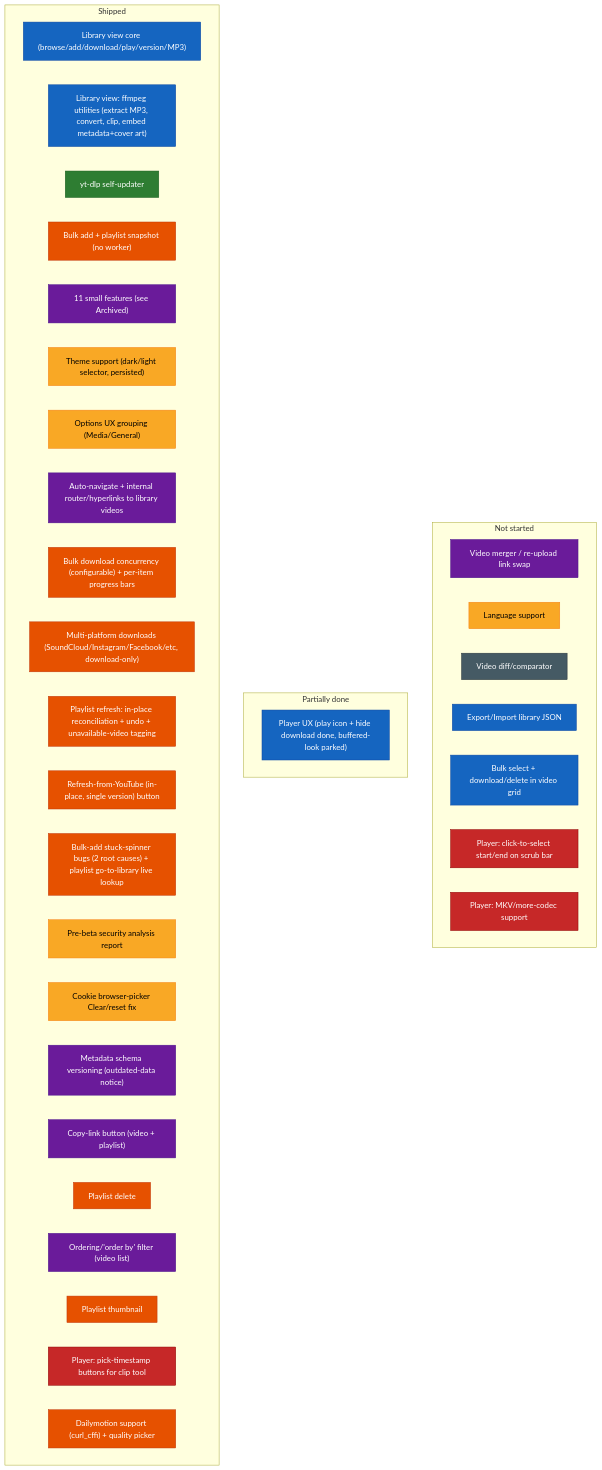
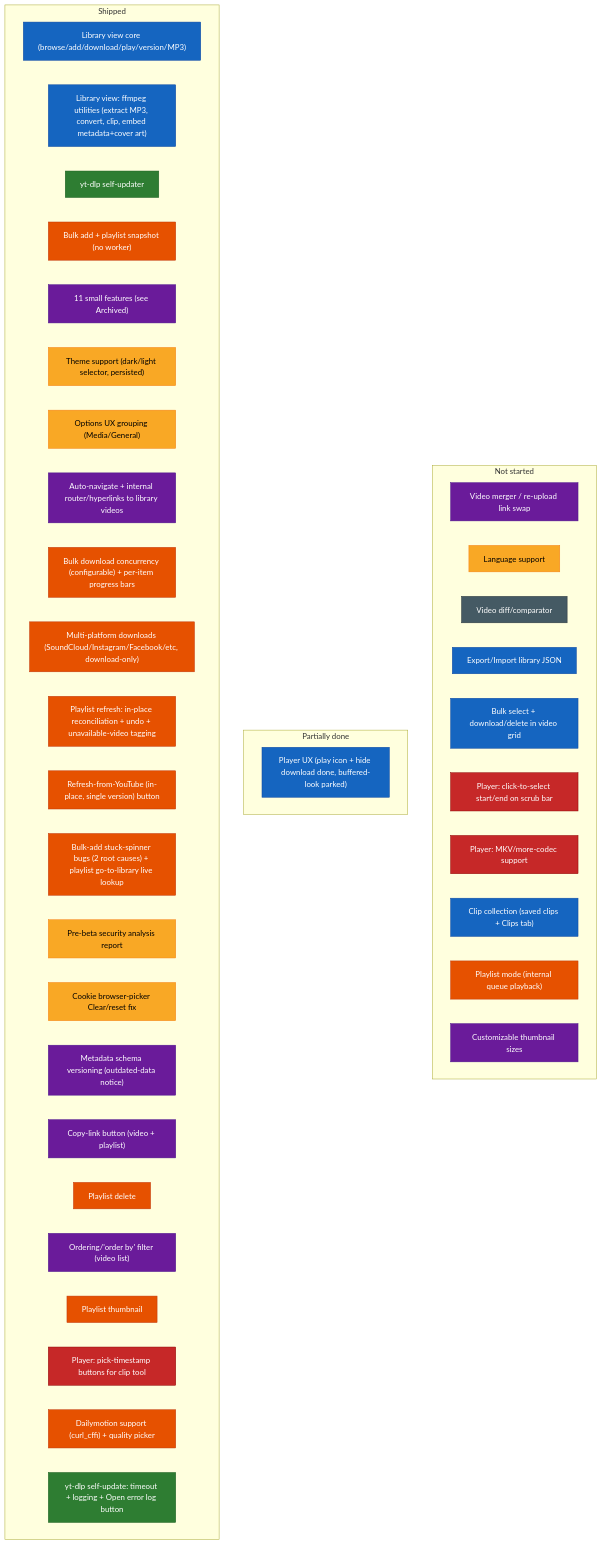
The diagram in futureSpecsFeedback.md (SlothSoftworks/Sloth-Archiver), drawn with Mermaid before and after one commit. The commit also changed other lines of this file, not shown here.

````diff
--- a/futureSpecsFeedback.md
+++ b/futureSpecsFeedback.md
@@ -67,62 +81,66 @@
 ```mermaid
 flowchart LR
     classDef library fill:#1565c0,stroke:#0d47a1,color:#fff
     classDef updater fill:#2e7d32,stroke:#1b5e20,color:#fff
     classDef playlist fill:#e65100,stroke:#bf360c,color:#fff
     classDef smallfeat fill:#6a1b9a,stroke:#4a148c,color:#fff
     classDef qol fill:#f9a825,stroke:#f57f17,color:#000
     classDef longshot fill:#455a64,stroke:#263238,color:#fff
     classDef player fill:#c62828,stroke:#8e0000,color:#fff
 
     subgraph DONE["Shipped"]
         direction LR
         d1["Library view core (browse/add/download/play/version/MP3)"]
         d1b["Library view: ffmpeg utilities (extract MP3, convert, clip, embed metadata+cover art)"]
         d2["yt-dlp self-updater"]
         d3["Bulk add + playlist snapshot (no worker)"]
         d4["11 small features (see Archived)"]
         d5["Theme support (dark/light selector, persisted)"]
         d6["Options UX grouping (Media/General)"]
         d7["Auto-navigate + internal router/hyperlinks to library videos"]
         d8["Bulk download concurrency (configurable) + per-item progress bars"]
         d9["Multi-platform downloads (SoundCloud/Instagram/Facebook/etc, download-only)"]
         d10["Playlist refresh: in-place reconciliation + undo + unavailable-video tagging"]
         d11["Refresh-from-YouTube (in-place, single version) button"]
         d12["Bulk-add stuck-spinner bugs (2 root causes) + playlist go-to-library live lookup"]
         d13["Pre-beta security analysis report"]
         d14["Cookie browser-picker Clear/reset fix"]
         d15["Metadata schema versioning (outdated-data notice)"]
         d16["Copy-link button (video + playlist)"]
         d17["Playlist delete"]
         d18["Ordering/'order by' filter (video list)"]
         d19["Playlist thumbnail"]
         d20["Player: pick-timestamp buttons for clip tool"]
         d21["Dailymotion support (curl_cffi) + quality picker"]
+        d22["yt-dlp self-update: timeout + logging + Open error log button"]
     end
 
     subgraph PARTIAL["Partially done"]
         direction LR
         p3["Player UX (play icon + hide download done, buffered-look parked)"]
     end
 
     subgraph TODO["Not started"]
         direction LR
         t1["Video merger / re-upload link swap"]
         t6["Language support"]
         t7["Video diff/comparator"]
         t9["Export/Import library JSON"]
         t10["Bulk select + download/delete in video grid"]
         t11["Player: click-to-select start/end on scrub bar"]
         t12["Player: MKV/more-codec support"]
+        t13["Clip collection (saved clips + Clips tab)"]
+        t14["Playlist mode (internal queue playback)"]
+        t15["Customizable thumbnail sizes"]
     end
 
     DONE ~~~ PARTIAL ~~~ TODO
 
-    class d1,d1b,p3,t9,t10 library
-    class d2 updater
-    class d3,d8,d9,d10,d11,d12,d17,d19,d21 playlist
-    class d4,d7,d15,d16,d18,t1 smallfeat
+    class d1,d1b,p3,t9,t10,t13 library
+    class d2,d22 updater
+    class d3,d8,d9,d10,d11,d12,d17,d19,d21,t14 playlist
+    class d4,d7,d15,d16,d18,t1,t15 smallfeat
     class d5,d6,d13,d14,t6 qol
     class t7 longshot
     class d20,t11,t12 player
 ```
````
